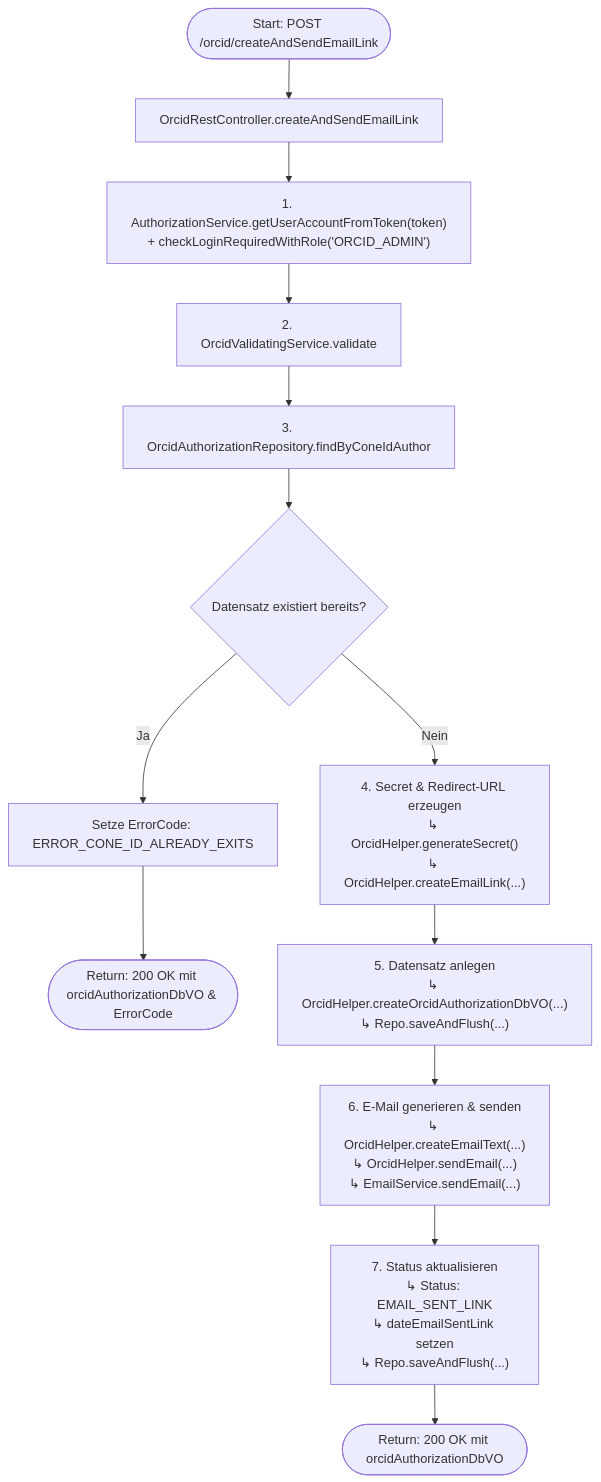
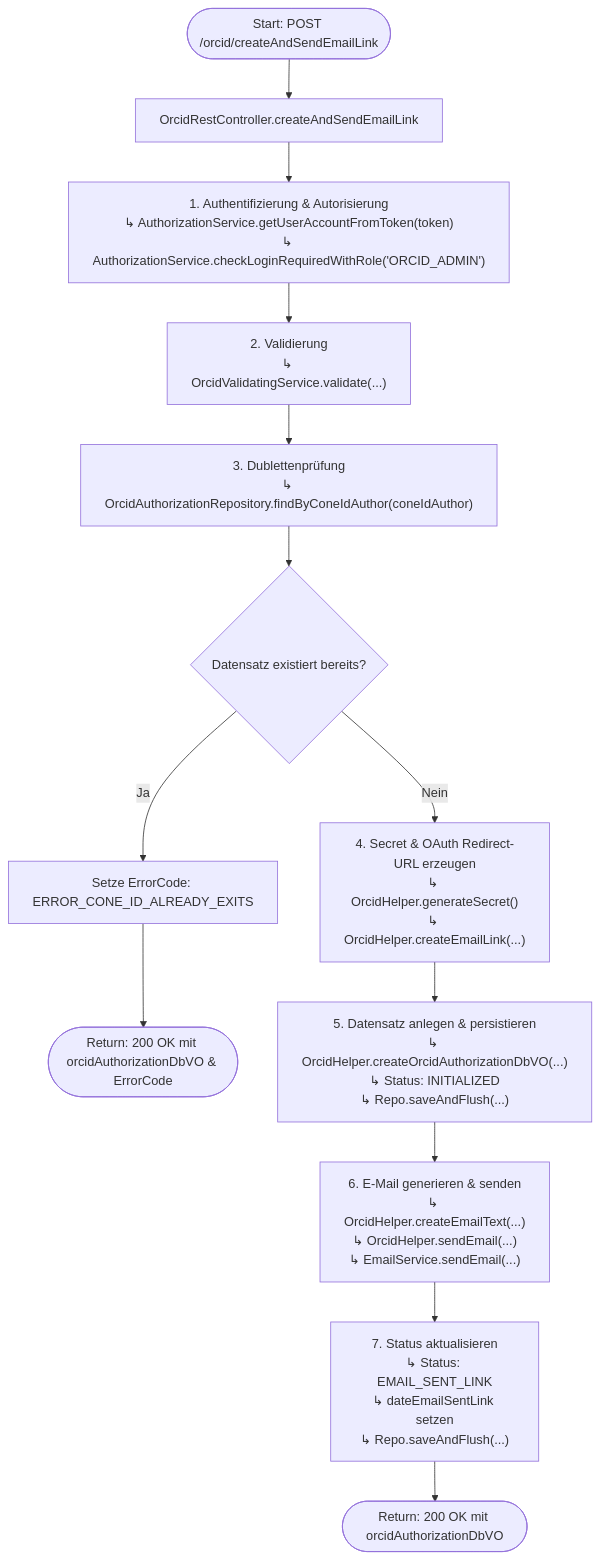
The second of 2 diagrams in pubman_rest/src/main/resources/orcid_create_and_send_email_link.md (MPDL/INGe), drawn with Mermaid before and after one commit. The commit also changed other lines of this file and 2 other files, not shown here.

````diff
--- a/pubman_rest/src/main/resources/orcid_create_and_send_email_link.md
+++ b/pubman_rest/src/main/resources/orcid_create_and_send_email_link.md
@@ -82,17 +99,17 @@
 ```mermaid
 flowchart TD
     A([Start: POST /orcid/createAndSendEmailLink]) --> B[OrcidRestController.createAndSendEmailLink]
-    B --> C["1. AuthorizationService.getUserAccountFromToken(token)<br/>+ checkLoginRequiredWithRole('ORCID_ADMIN')"]
-    C --> D[2. OrcidValidatingService.validate]
-    D --> E[3. OrcidAuthorizationRepository.findByConeIdAuthor]
+    B --> C["1. Authentifizierung & Autorisierung<br/>↳ AuthorizationService.getUserAccountFromToken(token)<br/>↳ AuthorizationService.checkLoginRequiredWithRole('ORCID_ADMIN')"]
+    C --> D["2. Validierung<br/>↳ OrcidValidatingService.validate(...)"]
+    D --> E["3. Dublettenprüfung<br/>↳ OrcidAuthorizationRepository.findByConeIdAuthor(coneIdAuthor)"]
     
     E --> F{Datensatz existiert bereits?}
     F -- Ja --> G[Setze ErrorCode: ERROR_CONE_ID_ALREADY_EXITS]
     G --> RetConflict([Return: 200 OK mit orcidAuthorizationDbVO & ErrorCode])
 
-    F -- Nein --> H["4. Secret & Redirect-URL erzeugen<br/>↳ OrcidHelper.generateSecret()<br/>↳ OrcidHelper.createEmailLink(...)"]
-    H --> I["5. Datensatz anlegen<br/>↳ OrcidHelper.createOrcidAuthorizationDbVO(...)<br/>↳ Repo.saveAndFlush(...)"]
+    F -- Nein --> H["4. Secret & OAuth Redirect-URL erzeugen<br/>↳ OrcidHelper.generateSecret()<br/>↳ OrcidHelper.createEmailLink(...)"]
+    H --> I["5. Datensatz anlegen & persistieren<br/>↳ OrcidHelper.createOrcidAuthorizationDbVO(...)<br/>↳ Status: INITIALIZED<br/>↳ Repo.saveAndFlush(...)"]
     I --> J["6. E-Mail generieren & senden<br/>↳ OrcidHelper.createEmailText(...)<br/>↳ OrcidHelper.sendEmail(...)<br/>↳ EmailService.sendEmail(...)"]
     J --> K["7. Status aktualisieren<br/>↳ Status: EMAIL_SENT_LINK<br/>↳ dateEmailSentLink setzen<br/>↳ Repo.saveAndFlush(...)"]
     K --> RetSuccess([Return: 200 OK mit orcidAuthorizationDbVO])
 ```
````
